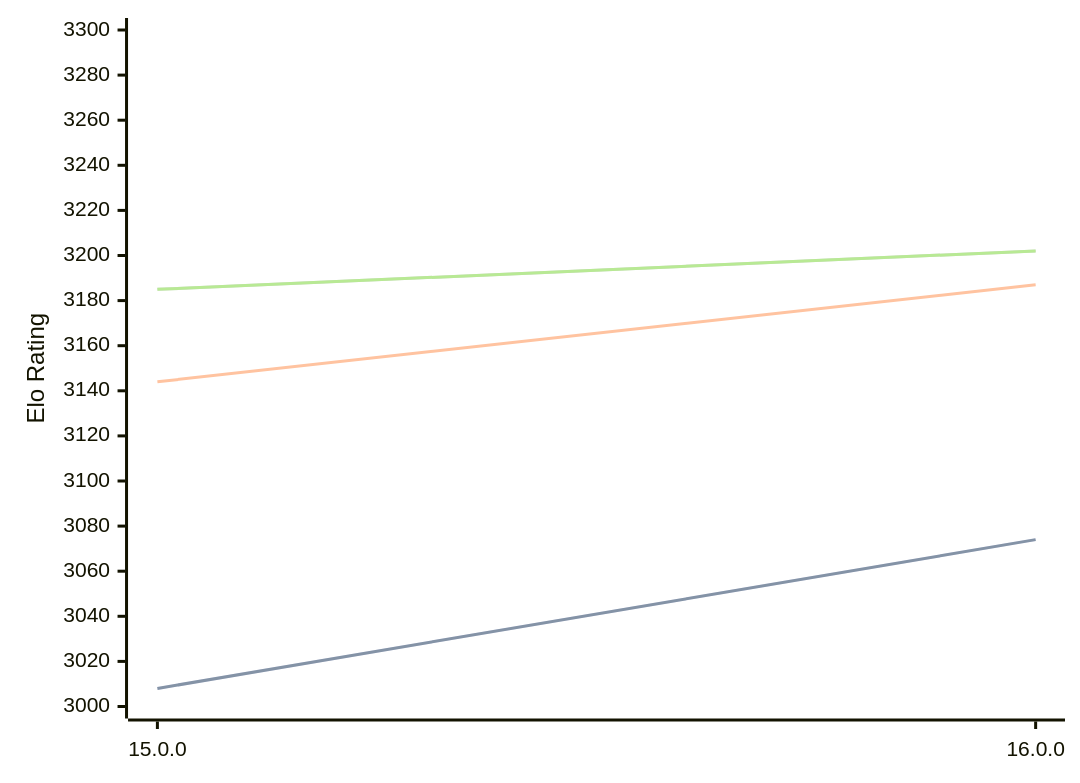
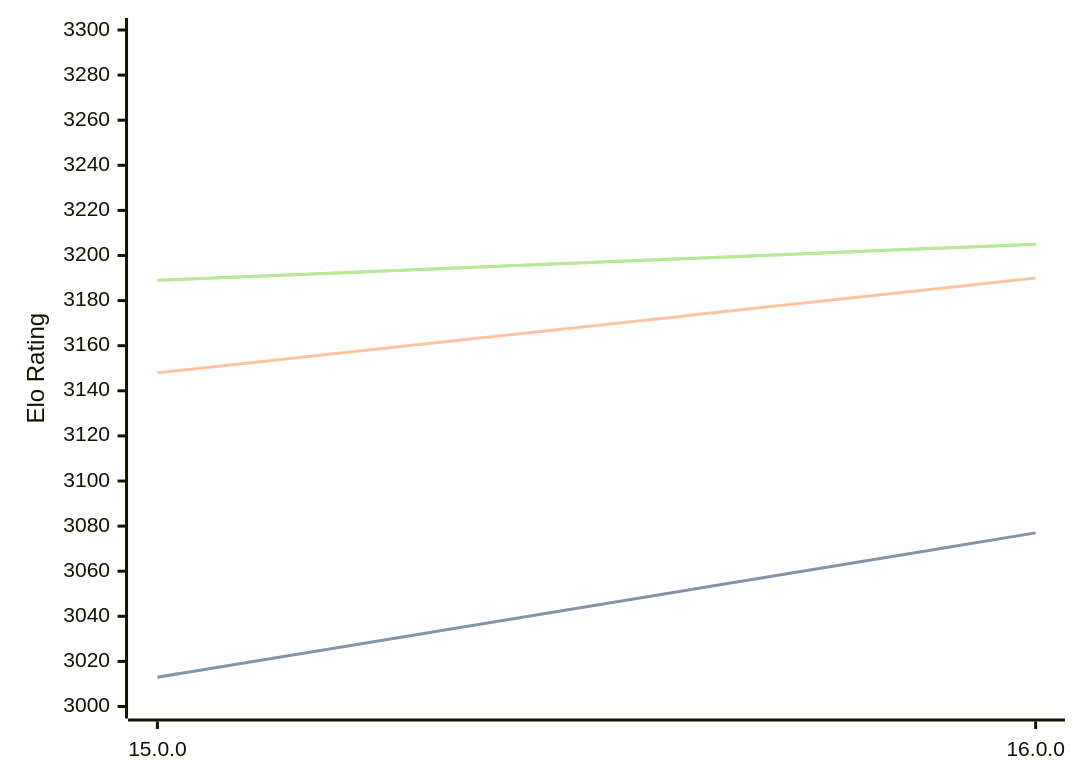
One commit to computer-chess-index/cci changed the diagram in engines/Halogen.md. Above: the diagram before and after it, drawn with Mermaid. The commit also changed other lines of this file, not shown here.

Commit message:
Update CCI Ratings (ELO VLTC) - 2026-02-24

````diff
--- a/engines/Halogen.md
+++ b/engines/Halogen.md
@@ -47,11 +47,11 @@
 ```mermaid
 %%{init: {"theme":"base","themeVariables":{"seriesColors:['#a3a3a3','#222221','#faa371']}}}%%
 xychart-beta
   x-axis ["15.0.0", "16.0.0"]
   y-axis "Elo Rating" 3000 --> 3300
-  line "STC (8.0+0.08s)" [3008, 3074]
-  line "STC (8.0+0.08s)" [3008, 3074]
-  line "LTC (60.0+0.60s)" [3144, 3187]
-  line "VLTC (2m24s+1.12s)" [3185, 3202]
-  line "VLTC (2m24s+1.12s)" [3185, 3202]
+  line "STC (8.0+0.08s)" [3013, 3077]
+  line "STC (8.0+0.08s)" [3013, 3077]
+  line "LTC (60.0+0.60s)" [3148, 3190]
+  line "VLTC (2m24s+1.12s)" [3189, 3205]
+  line "VLTC (2m24s+1.12s)" [3189, 3205]
 ```
````
